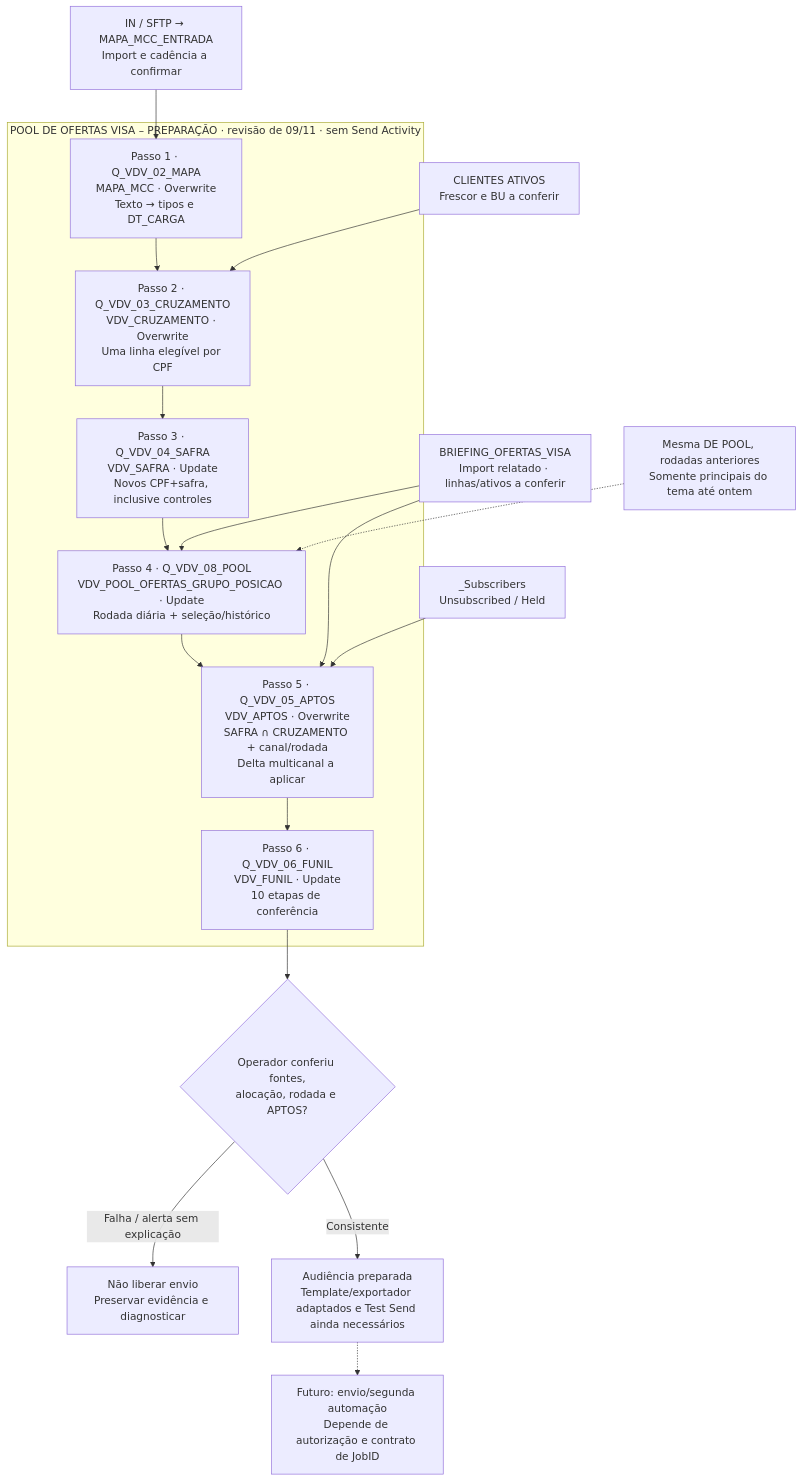
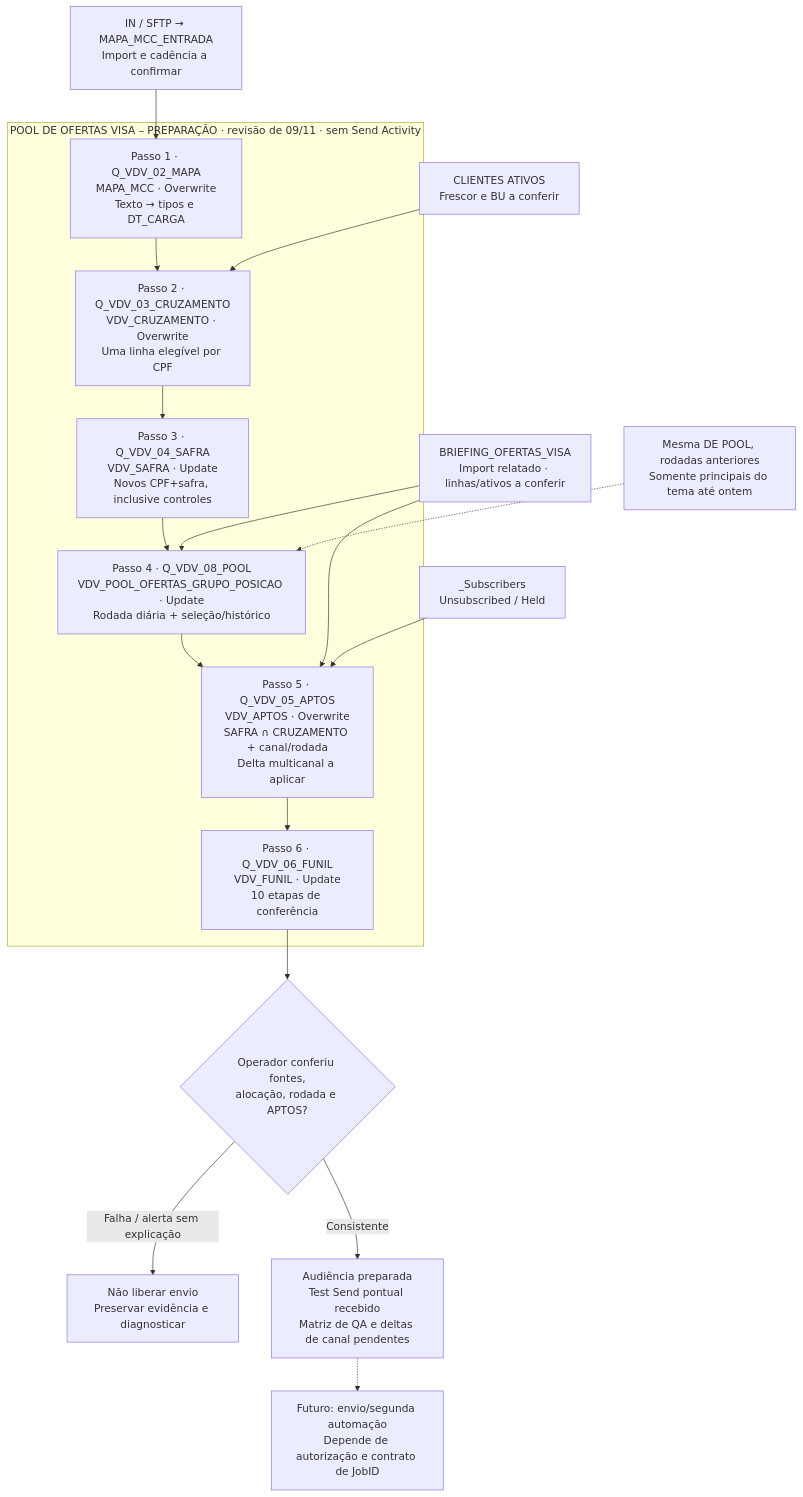
One commit to GrowthAfinz/GaaS-Framework-Afinz changed the third of 3 diagrams in docs/wiki-vault/05-Estrategia/Estrategia-Pool-de-Ofertas-Visa.md. Above: the diagram before and after it, drawn with Mermaid. The commit also changed other lines of this file and 9 other files, not shown here.

Commit message:
Pool Visa: fonte única 2+1 e Test Send pontual documentado (#100)

````diff
--- a/docs/wiki-vault/05-Estrategia/Estrategia-Pool-de-Ofertas-Visa.md
+++ b/docs/wiki-vault/05-Estrategia/Estrategia-Pool-de-Ofertas-Visa.md
@@ -214,21 +216,21 @@
 ```mermaid
 flowchart TD
  IN["IN / SFTP → MAPA_MCC_ENTRADA<br/>Import e cadência a confirmar"] --> M
  CA["CLIENTES ATIVOS<br/>Frescor e BU a conferir"] --> C
  CAT["BRIEFING_OFERTAS_VISA<br/>Import relatado · linhas/ativos a conferir"] --> P
  subgraph PREP["POOL DE OFERTAS VISA – PREPARAÇÃO · revisão de 09/11 · sem Send Activity"]
   M["Passo 1 · Q_VDV_02_MAPA<br/>MAPA_MCC · Overwrite<br/>Texto → tipos e DT_CARGA"] --> C
   C["Passo 2 · Q_VDV_03_CRUZAMENTO<br/>VDV_CRUZAMENTO · Overwrite<br/>Uma linha elegível por CPF"] --> S
   S["Passo 3 · Q_VDV_04_SAFRA<br/>VDV_SAFRA · Update<br/>Novos CPF+safra, inclusive controles"] --> P
   P["Passo 4 · Q_VDV_08_POOL<br/>VDV_POOL_OFERTAS_GRUPO_POSICAO · Update<br/>Rodada diária + seleção/histórico"] --> A
   A["Passo 5 · Q_VDV_05_APTOS<br/>VDV_APTOS · Overwrite<br/>SAFRA ∩ CRUZAMENTO + canal/rodada<br/>Delta multicanal a aplicar"] --> F
   F["Passo 6 · Q_VDV_06_FUNIL<br/>VDV_FUNIL · Update<br/>10 etapas de conferência"]
  end
  HIST["Mesma DE POOL, rodadas anteriores<br/>Somente principais do tema até ontem"] -.-> P
  SUB["_Subscribers<br/>Unsubscribed / Held"] --> A
  CAT --> A
  F --> CHECK{"Operador conferiu fontes,<br/>alocação, rodada e APTOS?"}
  CHECK -->|Falha / alerta sem explicação| STOP["Não liberar envio<br/>Preservar evidência e diagnosticar"]
- CHECK -->|Consistente| READY["Audiência preparada<br/>Template/exportador adaptados e Test Send ainda necessários"]
+ CHECK -->|Consistente| READY["Audiência preparada<br/>Test Send pontual recebido<br/>Matriz de QA e deltas de canal pendentes"]
  READY -.-> FUT["Futuro: envio/segunda automação<br/>Depende de autorização e contrato de JobID"]
 ```
````
